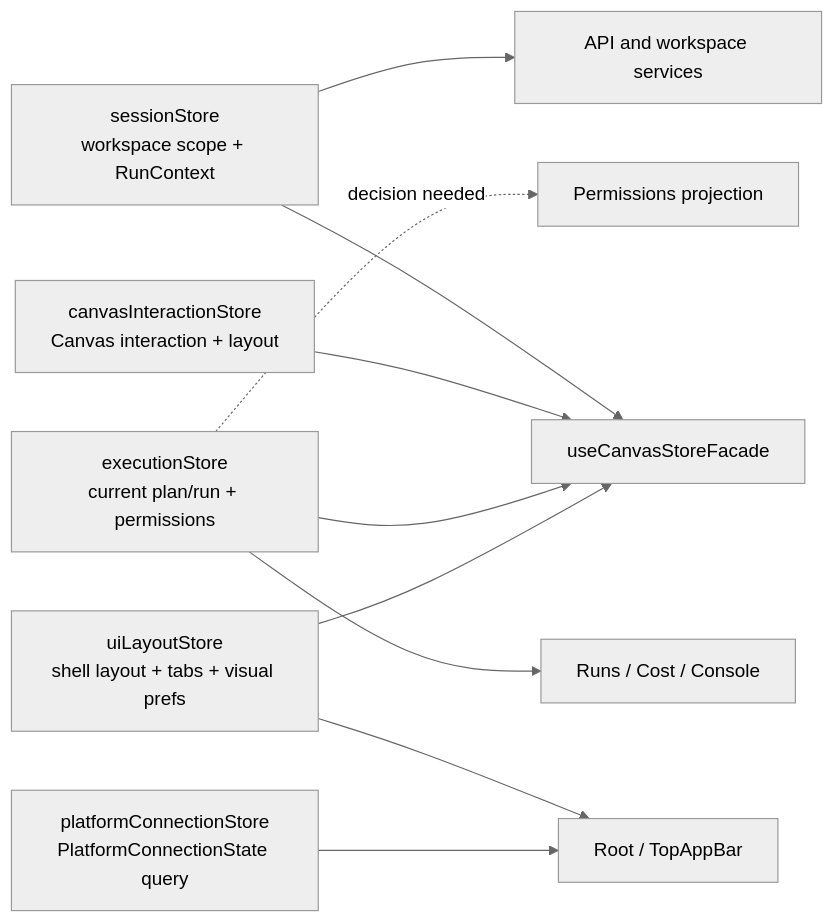
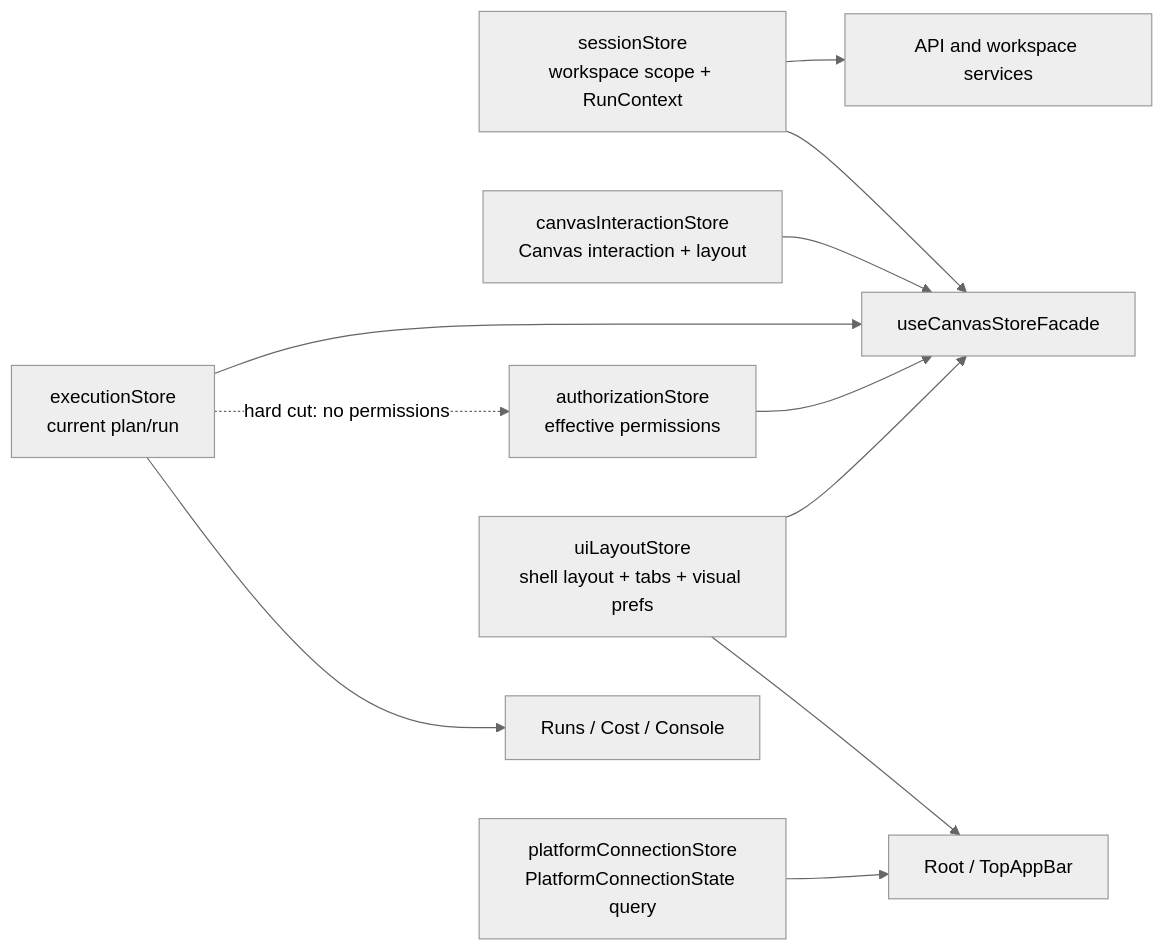
One commit to dunay2/dvt changed the first of 2 diagrams in docs/planning/proposals/mandatory/frontend-and-ux/f05-store-domain-ownership-closure-plan-20260503.md. Above: the diagram before and after it, drawn with Mermaid (neutral theme). The commit also changed other lines of this file and 26 other files, not shown here.

Commit message:
refactor(web): Hard cut authorization store ownership

````diff
--- a/docs/planning/proposals/mandatory/frontend-and-ux/f05-store-domain-ownership-closure-plan-20260503.md
+++ b/docs/planning/proposals/mandatory/frontend-and-ux/f05-store-domain-ownership-closure-plan-20260503.md
@@ -83,24 +85,26 @@
 ```mermaid
 flowchart LR
   Session["sessionStore<br/>workspace scope + RunContext"]
   Canvas["canvasInteractionStore<br/>Canvas interaction + layout"]
-  Execution["executionStore<br/>current plan/run + permissions"]
+  Execution["executionStore<br/>current plan/run"]
+  Auth["authorizationStore<br/>effective permissions"]
   Layout["uiLayoutStore<br/>shell layout + tabs + visual prefs"]
   Status["platformConnectionStore<br/>PlatformConnectionState query"]
 
   Facade["useCanvasStoreFacade"]
   Root["Root / TopAppBar"]
   Views["Runs / Cost / Console"]
   Api["API and workspace services"]
 
   Session --> Facade
   Canvas --> Facade
   Execution --> Facade
+  Auth --> Facade
   Layout --> Facade
   Layout --> Root
   Status --> Root
   Execution --> Views
   Session --> Api
 
-  Execution -. decision needed .-> Auth["Permissions projection"]
+  Execution -. hard cut: no permissions .-> Auth
 ```
````
